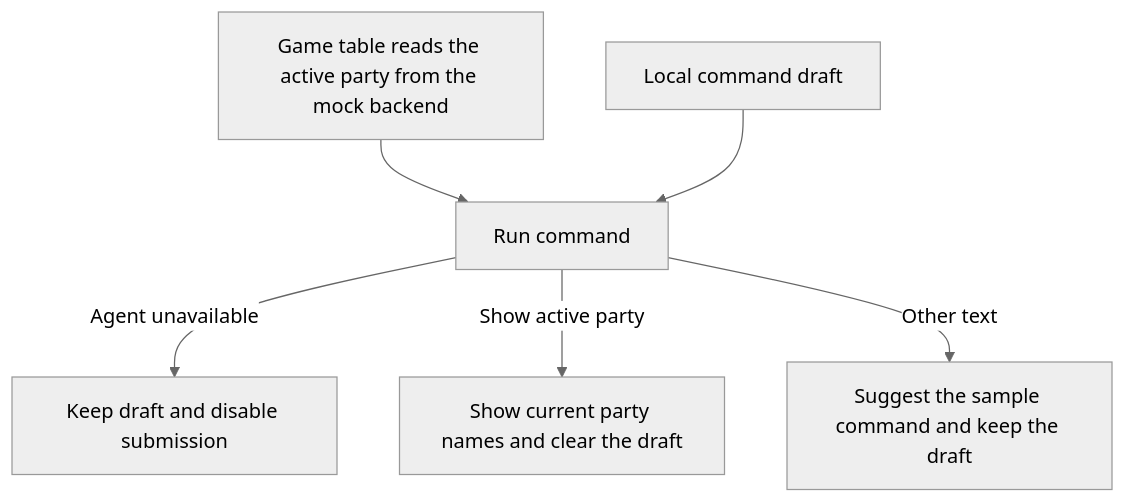
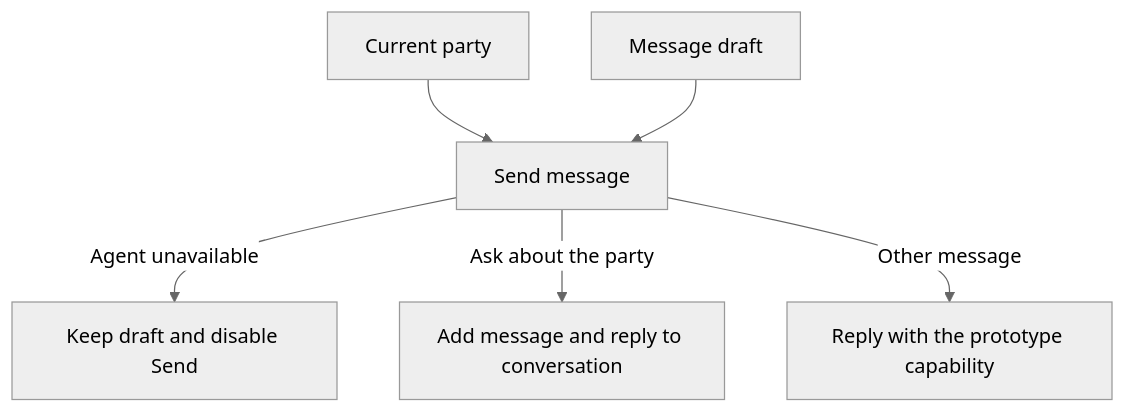
One commit to Mighty683/rpg-engine changed the second of 2 diagrams in docs/tasks/ai-provider-configuration/ux.md. Above: the diagram before and after it, drawn with Mermaid (neutral theme). The commit also changed other lines of this file and 5 other files, not shown here.

Commit message:
Refine Agent chat prototype

````diff
--- a/docs/tasks/ai-provider-configuration/ux.md
+++ b/docs/tasks/ai-provider-configuration/ux.md
@@ -39,8 +40,8 @@
 ```mermaid
 flowchart TD
-    party[Game table reads the active party from the mock backend] --> run[Run command]
-    draft[Local command draft] --> run
-    run -->|Agent unavailable| keep[Keep draft and disable submission]
-    run -->|Show active party| reply[Show current party names and clear the draft]
-    run -->|Other text| example[Suggest the sample command and keep the draft]
+    party[Current party] --> send[Send message]
+    draft[Message draft] --> send
+    send -->|Agent unavailable| keep[Keep draft and disable Send]
+    send -->|Ask about the party| reply[Add message and reply to conversation]
+    send -->|Other message| example[Reply with the prototype capability]
 ```
````
